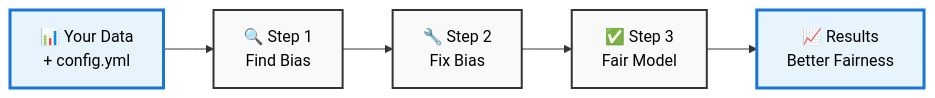
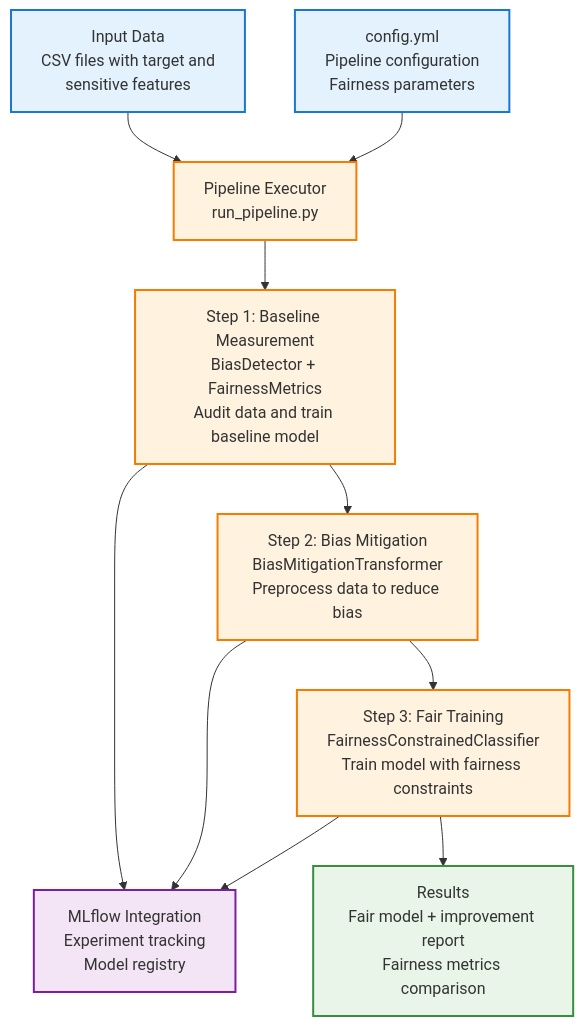
One commit to vytautas-bunevicius/fairness-pipeline-toolkit changed the diagram in README.md. Above: the diagram before and after it, drawn with Mermaid. The commit also changed other lines of this file and 1 other file, not shown here.

````diff
--- a/README.md
+++ b/README.md
@@ -56,15 +56,42 @@
 ```mermaid
-flowchart LR
-    INPUT["📊 Your Data<br/>+ config.yml"] 
-    STEP1["🔍 Step 1<br/>Find Bias"]
-    STEP2["🔧 Step 2<br/>Fix Bias"] 
-    STEP3["✅ Step 3<br/>Fair Model"]
-    OUTPUT["📈 Results<br/>Better Fairness"]
+flowchart TD
+    %% Input Layer
+    DATA["Input Data<br/>CSV files with target and<br/>sensitive features"]
+    CONFIG["config.yml<br/>Pipeline configuration<br/>Fairness parameters"]
     
-    INPUT --> STEP1 --> STEP2 --> STEP3 --> OUTPUT
+    %% Orchestration
+    EXECUTOR["Pipeline Executor<br/>run_pipeline.py"]
     
-    classDef default fill:#f9f9f9,stroke:#333,stroke-width:2px,color:#000
-    classDef highlight fill:#e8f4fd,stroke:#1976d2,stroke-width:3px,color:#000
+    %% Three-Step Process
+    STEP1["Step 1: Baseline Measurement<br/>BiasDetector + FairnessMetrics<br/>Audit data and train baseline model"]
+    STEP2["Step 2: Bias Mitigation<br/>BiasMitigationTransformer<br/>Preprocess data to reduce bias"]
+    STEP3["Step 3: Fair Training<br/>FairnessConstrainedClassifier<br/>Train model with fairness constraints"]
     
-    class INPUT,OUTPUT highlight
+    %% Integration
+    MLFLOW["MLflow Integration<br/>Experiment tracking<br/>Model registry"]
+    
+    %% Output
+    RESULTS["Results<br/>Fair model + improvement report<br/>Fairness metrics comparison"]
+    
+    %% Flow
+    DATA --> EXECUTOR
+    CONFIG --> EXECUTOR
+    EXECUTOR --> STEP1
+    STEP1 --> STEP2
+    STEP2 --> STEP3
+    STEP1 --> MLFLOW
+    STEP2 --> MLFLOW
+    STEP3 --> MLFLOW
+    STEP3 --> RESULTS
+    
+    %% Styling
+    classDef input fill:#E3F2FD,stroke:#1976D2,stroke-width:2px
+    classDef process fill:#FFF3E0,stroke:#F57C00,stroke-width:2px
+    classDef integration fill:#F3E5F5,stroke:#7B1FA2,stroke-width:2px
+    classDef output fill:#E8F5E8,stroke:#388E3C,stroke-width:2px
+    
+    class DATA,CONFIG input
+    class EXECUTOR,STEP1,STEP2,STEP3 process
+    class MLFLOW integration
+    class RESULTS output
 ```
````
